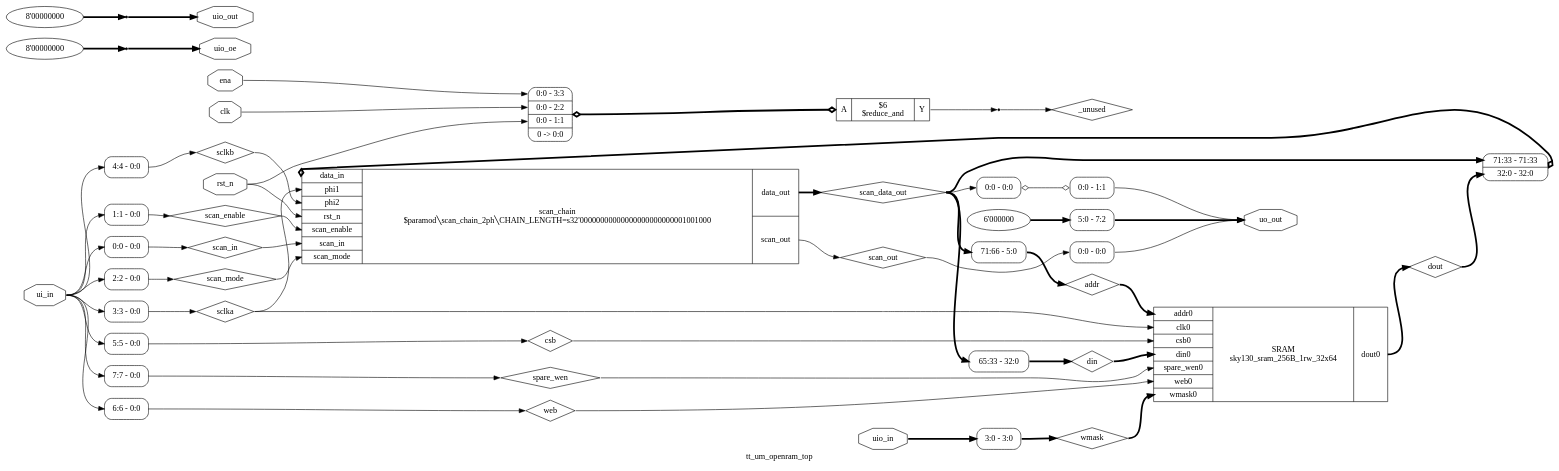
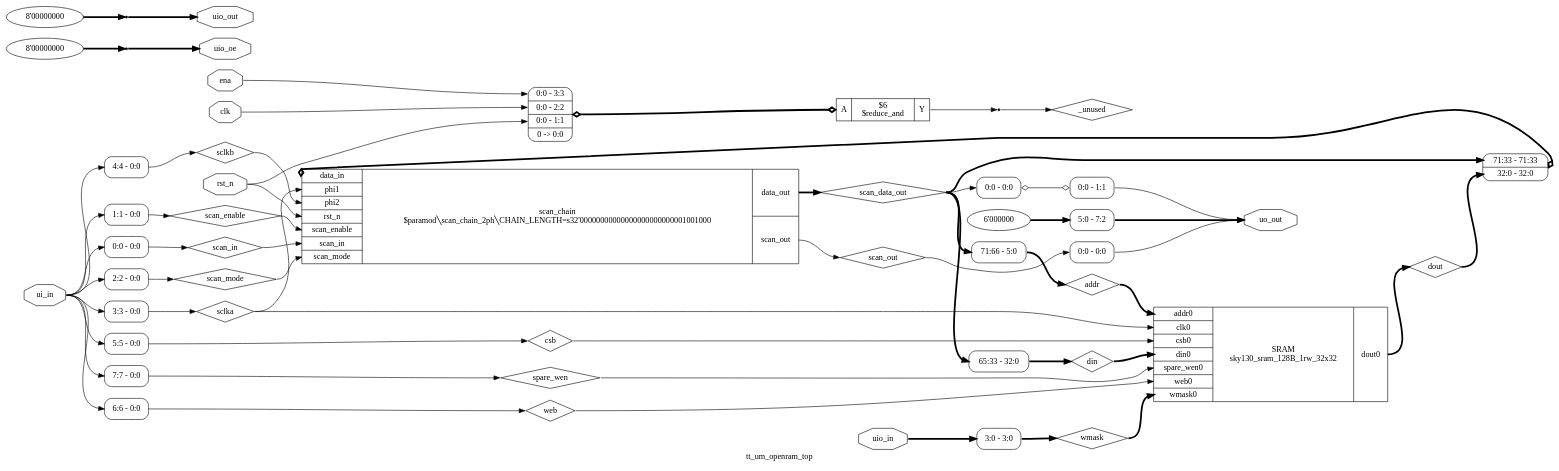
Before and after one commit to VLSIDA/tt25a_openram_testchip: the diagram in runs/wokwi/06-yosys-synthesis/hierarchy.dot, drawn with Graphviz. The commit also changed 595 other files, not shown here.

```diff
--- a/runs/wokwi/06-yosys-synthesis/hierarchy.dot
+++ b/runs/wokwi/06-yosys-synthesis/hierarchy.dot
@@ -1,112 +1,112 @@
 digraph "tt_um_openram_top" {
 label="tt_um_openram_top";
 rankdir="LR";
 remincross=true;
 n2 [ shape=diamond, label="_unused", color="black", fontcolor="black"];
 n3 [ shape=diamond, label="spare_wen", color="black", fontcolor="black"];
 n4 [ shape=diamond, label="sclkb", color="black", fontcolor="black"];
 n5 [ shape=diamond, label="sclka", color="black", fontcolor="black"];
 n6 [ shape=diamond, label="web", color="black", fontcolor="black"];
 n7 [ shape=diamond, label="csb", color="black", fontcolor="black"];
 n8 [ shape=diamond, label="scan_mode", color="black", fontcolor="black"];
 n9 [ shape=diamond, label="scan_enable", color="black", fontcolor="black"];
 n10 [ shape=diamond, label="scan_in", color="black", fontcolor="black"];
 n11 [ shape=diamond, label="scan_out", color="black", fontcolor="black"];
 n12 [ shape=diamond, label="scan_data_out", color="black", fontcolor="black"];
 n13 [ shape=diamond, label="wmask", color="black", fontcolor="black"];
 n14 [ shape=diamond, label="dout", color="black", fontcolor="black"];
 n15 [ shape=diamond, label="din", color="black", fontcolor="black"];
 n16 [ shape=diamond, label="addr", color="black", fontcolor="black"];
 n17 [ shape=octagon, label="rst_n", color="black", fontcolor="black"];
 n18 [ shape=octagon, label="clk", color="black", fontcolor="black"];
 n19 [ shape=octagon, label="ena", color="black", fontcolor="black"];
 n20 [ shape=octagon, label="uio_oe", color="black", fontcolor="black"];
 n21 [ shape=octagon, label="uio_out", color="black", fontcolor="black"];
 n22 [ shape=octagon, label="uio_in", color="black", fontcolor="black"];
 n23 [ shape=octagon, label="uo_out", color="black", fontcolor="black"];
 n24 [ shape=octagon, label="ui_in", color="black", fontcolor="black"];
 c27 [ shape=record, label="{{<p25> A}|$6\n$reduce_and|{<p26> Y}}",  ];
 x0 [ shape=record, style=rounded, label="<s3> 0:0 - 3:3 |<s2> 0:0 - 2:2 |<s1> 0:0 - 1:1 |0 -&gt; 0:0 ", color="black", fontcolor="black" ];
 x0:e -> c27:p25:w [arrowhead=odiamond, arrowtail=odiamond, dir=both, color="black", fontcolor="black", style="setlinewidth(3)", label=""];
 c32 [ shape=record, label="{{<p28> data_in|<p29> phi1|<p30> phi2|<p17> rst_n|<p9> scan_enable|<p10> scan_in|<p8> scan_mode}|scan_chain\n$paramod&#9586;scan_chain_2ph&#9586;CHAIN_LENGTH=s32'00000000000000000000000001001000|{<p31> data_out|<p11> scan_out}}",  ];
 x1 [ shape=record, style=rounded, label="<s1> 71:33 - 71:33 |<s0> 32:0 - 32:0 ", color="black", fontcolor="black" ];
 x1:e -> c32:p28:w [arrowhead=odiamond, arrowtail=odiamond, dir=both, color="black", fontcolor="black", style="setlinewidth(3)", label=""];
-c41 [ shape=record, label="{{<p33> addr0|<p34> clk0|<p35> csb0|<p36> din0|<p37> spare_wen0|<p38> web0|<p39> wmask0}|SRAM\nsky130_sram_256B_1rw_32x64|{<p40> dout0}}",  ];
+c41 [ shape=record, label="{{<p33> addr0|<p34> clk0|<p35> csb0|<p36> din0|<p37> spare_wen0|<p38> web0|<p39> wmask0}|SRAM\nsky130_sram_128B_1rw_32x32|{<p40> dout0}}",  ];
 v2 [ label="6'000000" ];
 x3 [ shape=record, style=rounded, label="<s0> 5:0 - 7:2 ", color="black", fontcolor="black" ];
 v4 [ label="8'00000000" ];
 x5 [shape=point, ];
 v6 [ label="8'00000000" ];
 x7 [shape=point, ];
 x8 [ shape=record, style=rounded, label="<s0> 7:7 - 0:0 ", color="black", fontcolor="black" ];
 x9 [ shape=record, style=rounded, label="<s0> 6:6 - 0:0 ", color="black", fontcolor="black" ];
 x10 [ shape=record, style=rounded, label="<s0> 5:5 - 0:0 ", color="black", fontcolor="black" ];
 x11 [ shape=record, style=rounded, label="<s0> 4:4 - 0:0 ", color="black", fontcolor="black" ];
 x12 [ shape=record, style=rounded, label="<s0> 3:3 - 0:0 ", color="black", fontcolor="black" ];
 x13 [ shape=record, style=rounded, label="<s0> 2:2 - 0:0 ", color="black", fontcolor="black" ];
 x14 [ shape=record, style=rounded, label="<s0> 1:1 - 0:0 ", color="black", fontcolor="black" ];
 x15 [ shape=record, style=rounded, label="<s0> 0:0 - 0:0 ", color="black", fontcolor="black" ];
 x16 [ shape=record, style=rounded, label="<s0> 3:0 - 3:0 ", color="black", fontcolor="black" ];
 x17 [ shape=record, style=rounded, label="<s0> 0:0 - 0:0 ", color="black", fontcolor="black" ];
 x18 [ shape=record, style=rounded, label="<s0> 0:0 - 1:1 ", color="black", fontcolor="black" ];
 x17:e -> x18:w [arrowhead=odiamond, arrowtail=odiamond, dir=both, color="black", fontcolor="black", label=""];
 x19 [ shape=record, style=rounded, label="<s0> 0:0 - 0:0 ", color="black", fontcolor="black" ];
 x20 [ shape=record, style=rounded, label="<s0> 71:66 - 5:0 ", color="black", fontcolor="black" ];
 x21 [ shape=record, style=rounded, label="<s0> 65:33 - 32:0 ", color="black", fontcolor="black" ];
 x22 [shape=point, ];
 c27:p26:e -> x22:w [color="black", fontcolor="black", label=""];
 x15:e -> n10:w [color="black", fontcolor="black", label=""];
 n10:e -> c32:p10:w [color="black", fontcolor="black", label=""];
 c32:p11:e -> n11:w [color="black", fontcolor="black", label=""];
 n11:e -> x19:w [color="black", fontcolor="black", label=""];
 c32:p31:e -> n12:w [color="black", fontcolor="black", style="setlinewidth(3)", label=""];
 n12:e -> x17:s0:w [color="black", fontcolor="black", label=""];
 n12:e -> x1:s1:w [color="black", fontcolor="black", style="setlinewidth(3)", label=""];
 n12:e -> x20:s0:w [color="black", fontcolor="black", style="setlinewidth(3)", label=""];
 n12:e -> x21:s0:w [color="black", fontcolor="black", style="setlinewidth(3)", label=""];
 x16:e -> n13:w [color="black", fontcolor="black", style="setlinewidth(3)", label=""];
 n13:e -> c41:p39:w [color="black", fontcolor="black", style="setlinewidth(3)", label=""];
 c41:p40:e -> n14:w [color="black", fontcolor="black", style="setlinewidth(3)", label=""];
 n14:e -> x1:s0:w [color="black", fontcolor="black", style="setlinewidth(3)", label=""];
 x21:e -> n15:w [color="black", fontcolor="black", style="setlinewidth(3)", label=""];
 n15:e -> c41:p36:w [color="black", fontcolor="black", style="setlinewidth(3)", label=""];
 x20:e -> n16:w [color="black", fontcolor="black", style="setlinewidth(3)", label=""];
 n16:e -> c41:p33:w [color="black", fontcolor="black", style="setlinewidth(3)", label=""];
 n17:e -> c32:p17:w [color="black", fontcolor="black", label=""];
 n17:e -> x0:s1:w [color="black", fontcolor="black", label=""];
 n18:e -> x0:s2:w [color="black", fontcolor="black", label=""];
 n19:e -> x0:s3:w [color="black", fontcolor="black", label=""];
 x22:e -> n2:w [color="black", fontcolor="black", label=""];
 x7:e -> n20:w [color="black", fontcolor="black", style="setlinewidth(3)", label=""];
 x5:e -> n21:w [color="black", fontcolor="black", style="setlinewidth(3)", label=""];
 n22:e -> x16:s0:w [color="black", fontcolor="black", style="setlinewidth(3)", label=""];
 x18:s0:e -> n23:w [color="black", fontcolor="black", label=""];
 x19:s0:e -> n23:w [color="black", fontcolor="black", label=""];
 x3:s0:e -> n23:w [color="black", fontcolor="black", style="setlinewidth(3)", label=""];
 n24:e -> x10:s0:w [color="black", fontcolor="black", label=""];
 n24:e -> x11:s0:w [color="black", fontcolor="black", label=""];
 n24:e -> x12:s0:w [color="black", fontcolor="black", label=""];
 n24:e -> x13:s0:w [color="black", fontcolor="black", label=""];
 n24:e -> x14:s0:w [color="black", fontcolor="black", label=""];
 n24:e -> x15:s0:w [color="black", fontcolor="black", label=""];
 n24:e -> x8:s0:w [color="black", fontcolor="black", label=""];
 n24:e -> x9:s0:w [color="black", fontcolor="black", label=""];
 x8:e -> n3:w [color="black", fontcolor="black", label=""];
 n3:e -> c41:p37:w [color="black", fontcolor="black", label=""];
 x11:e -> n4:w [color="black", fontcolor="black", label=""];
 n4:e -> c32:p30:w [color="black", fontcolor="black", label=""];
 x12:e -> n5:w [color="black", fontcolor="black", label=""];
 n5:e -> c32:p29:w [color="black", fontcolor="black", label=""];
 n5:e -> c41:p34:w [color="black", fontcolor="black", label=""];
 x9:e -> n6:w [color="black", fontcolor="black", label=""];
 n6:e -> c41:p38:w [color="black", fontcolor="black", label=""];
 x10:e -> n7:w [color="black", fontcolor="black", label=""];
 n7:e -> c41:p35:w [color="black", fontcolor="black", label=""];
 x13:e -> n8:w [color="black", fontcolor="black", label=""];
 n8:e -> c32:p8:w [color="black", fontcolor="black", label=""];
 x14:e -> n9:w [color="black", fontcolor="black", label=""];
 n9:e -> c32:p9:w [color="black", fontcolor="black", label=""];
 v2:e -> x3:w [color="black", fontcolor="black", style="setlinewidth(3)", label=""];
 v4:e -> x5:w [color="black", fontcolor="black", style="setlinewidth(3)", label=""];
 v6:e -> x7:w [color="black", fontcolor="black", style="setlinewidth(3)", label=""];
 }
```
